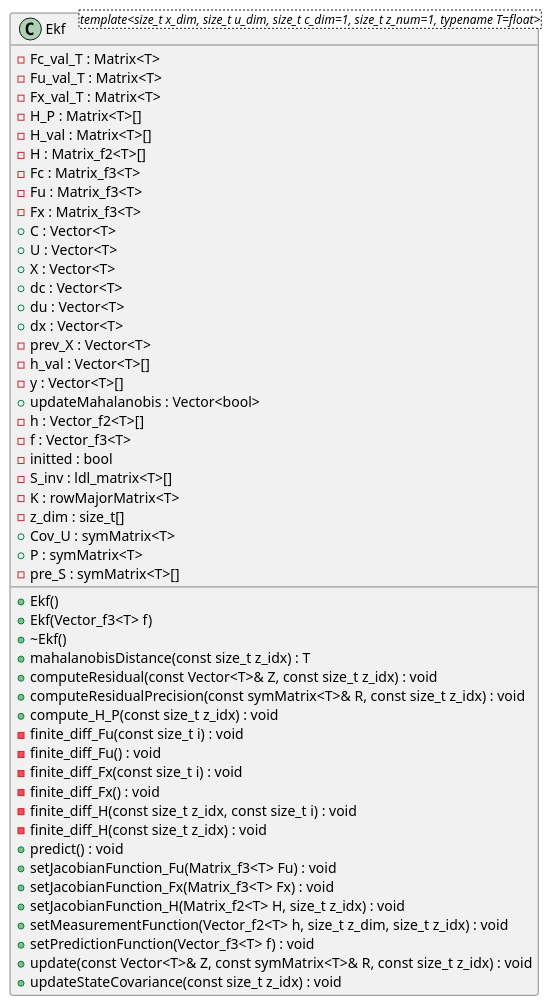
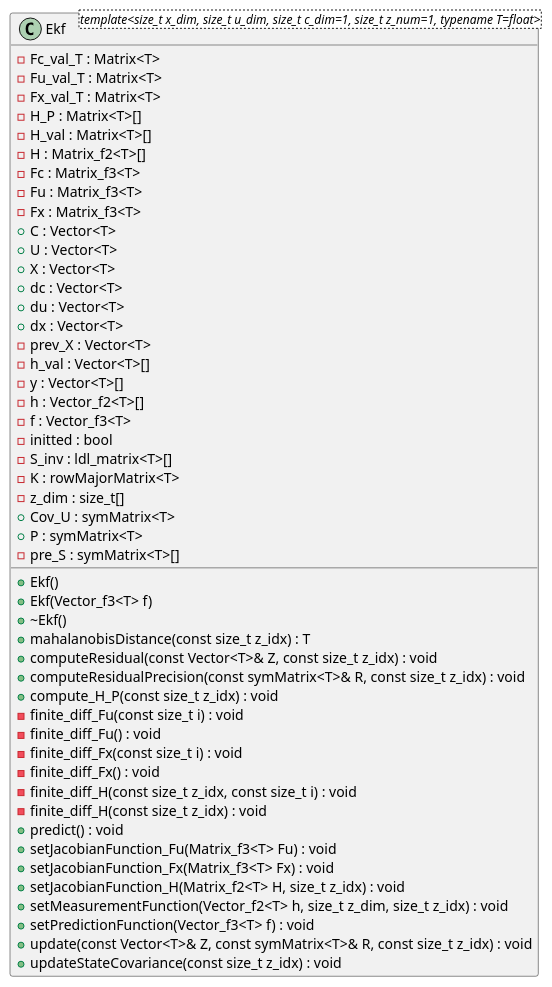
The diagram in docs/architecture/classDiagram.puml (robinAZERTY/bayesian_filter), drawn with PlantUML before and after one commit. The commit also changed 1 other file, not shown here.

Commit message:
Updated UML diagram

```diff
--- a/docs/architecture/classDiagram.puml
+++ b/docs/architecture/classDiagram.puml
@@ -1,80 +1,79 @@
 @startuml
 
 
 
 
 
 /' Objects '/
 
 class Ekf <template<size_t x_dim, size_t u_dim, size_t c_dim=1, size_t z_num=1, typename T=float>> {
 	+Ekf()
 	+Ekf(Vector_f3<T> f)
 	+~Ekf()
 	-Fc_val_T : Matrix<T>
 	-Fu_val_T : Matrix<T>
 	-Fx_val_T : Matrix<T>
 	-H_P : Matrix<T>[]
 	-H_val : Matrix<T>[]
 	-H : Matrix_f2<T>[]
 	-Fc : Matrix_f3<T>
 	-Fu : Matrix_f3<T>
 	-Fx : Matrix_f3<T>
 	+mahalanobisDistance(const size_t z_idx) : T
 	+C : Vector<T>
 	+U : Vector<T>
 	+X : Vector<T>
 	+dc : Vector<T>
 	+du : Vector<T>
 	+dx : Vector<T>
 	-prev_X : Vector<T>
 	-h_val : Vector<T>[]
 	-y : Vector<T>[]
-	+updateMahalanobis : Vector<bool>
 	-h : Vector_f2<T>[]
 	-f : Vector_f3<T>
 	-initted : bool
 	-S_inv : ldl_matrix<T>[]
 	-K : rowMajorMatrix<T>
 	-z_dim : size_t[]
 	+Cov_U : symMatrix<T>
 	+P : symMatrix<T>
 	-pre_S : symMatrix<T>[]
 	+computeResidual(const Vector<T>& Z, const size_t z_idx) : void
 	+computeResidualPrecision(const symMatrix<T>& R, const size_t z_idx) : void
 	+compute_H_P(const size_t z_idx) : void
 	-finite_diff_Fu(const size_t i) : void
 	-finite_diff_Fu() : void
 	-finite_diff_Fx(const size_t i) : void
 	-finite_diff_Fx() : void
 	-finite_diff_H(const size_t z_idx, const size_t i) : void
 	-finite_diff_H(const size_t z_idx) : void
 	+predict() : void
 	+setJacobianFunction_Fu(Matrix_f3<T> Fu) : void
 	+setJacobianFunction_Fx(Matrix_f3<T> Fx) : void
 	+setJacobianFunction_H(Matrix_f2<T> H, size_t z_idx) : void
 	+setMeasurementFunction(Vector_f2<T> h, size_t z_dim, size_t z_idx) : void
 	+setPredictionFunction(Vector_f3<T> f) : void
 	+update(const Vector<T>& Z, const symMatrix<T>& R, const size_t z_idx) : void
 	+updateStateCovariance(const size_t z_idx) : void
 }
 
 
 
 
 
 /' Inheritance relationships '/
 
 
 
 
 /' Aggregation relationships '/
 
 
 
 
 
 /' Nested objects '/
 
 
 
 @enduml
```
